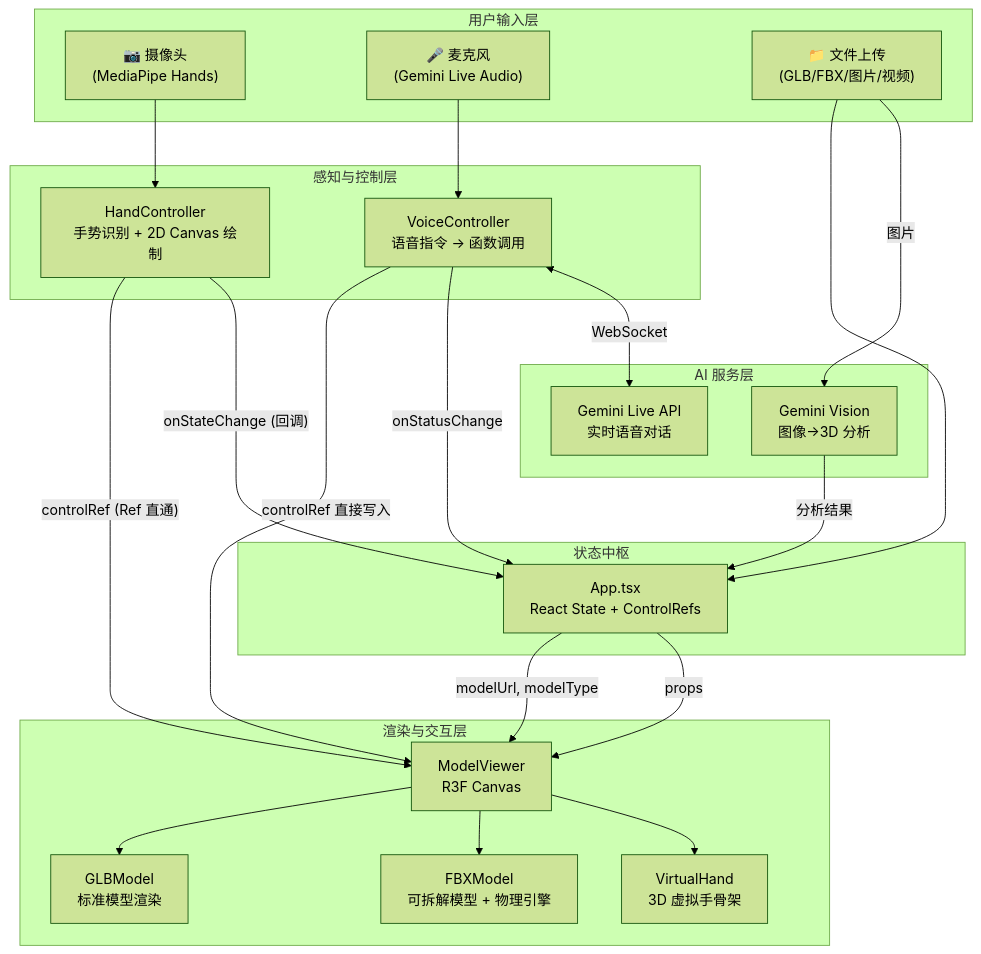
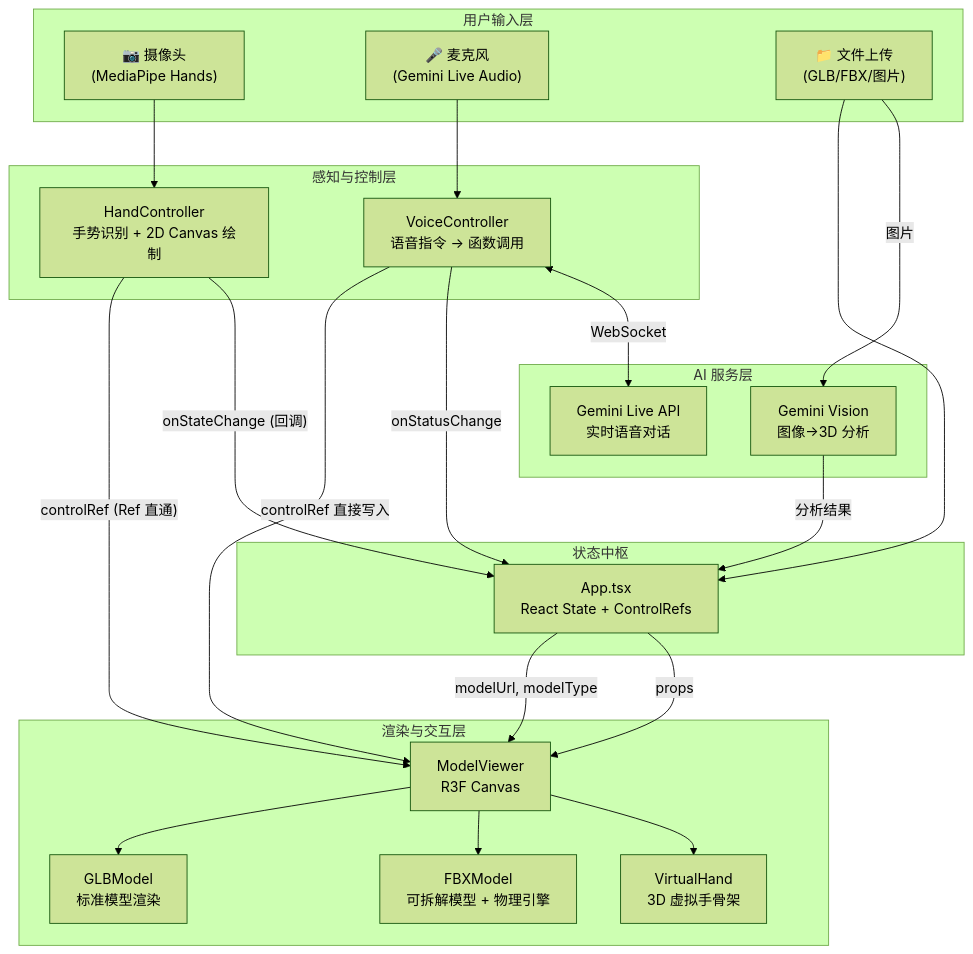
The first of 6 diagrams in 技术路线（架构）/walkthrough.md (yuyiling02/Huishi-class), drawn with Mermaid (forest theme) before and after one commit. The commit also changed other lines of this file and 38 other files, not shown here.

````diff
--- a/技术路线（架构）/walkthrough.md
+++ b/技术路线（架构）/walkthrough.md
@@ -50,45 +50,45 @@
 ```mermaid
 graph TB
     subgraph 用户输入层
         A["📷 摄像头<br/>(MediaPipe Hands)"]
         B["🎤 麦克风<br/>(Gemini Live Audio)"]
-        C["📁 文件上传<br/>(GLB/FBX/图片/视频)"]
+        C["📁 文件上传<br/>(GLB/FBX/图片)"]
     end
 
     subgraph 感知与控制层
         D["HandController<br/>手势识别 + 2D Canvas 绘制"]
         E["VoiceController<br/>语音指令 → 函数调用"]
     end
 
     subgraph 状态中枢
         F["App.tsx<br/>React State + ControlRefs"]
     end
 
     subgraph 渲染与交互层
         G["ModelViewer<br/>R3F Canvas"]
         G1["GLBModel<br/>标准模型渲染"]
         G2["FBXModel<br/>可拆解模型 + 物理引擎"]
         G3["VirtualHand<br/>3D 虚拟手骨架"]
     end
 
     subgraph AI 服务层
         H["Gemini Vision<br/>图像→3D 分析"]
         I["Gemini Live API<br/>实时语音对话"]
     end
 
     A --> D
     B --> E
     C --> F
     D -->|"controlRef (Ref 直通)"| G
     D -->|"onStateChange (回调)"| F
     E -->|"controlRef 直接写入"| G
     E -->|"onStatusChange"| F
     F -->|"modelUrl, modelType"| G
     F -->|"props"| G
     G --> G1
     G --> G2
     G --> G3
     C -->|"图片"| H
     H -->|"分析结果"| F
     E <-->|"WebSocket"| I
 ```
````
